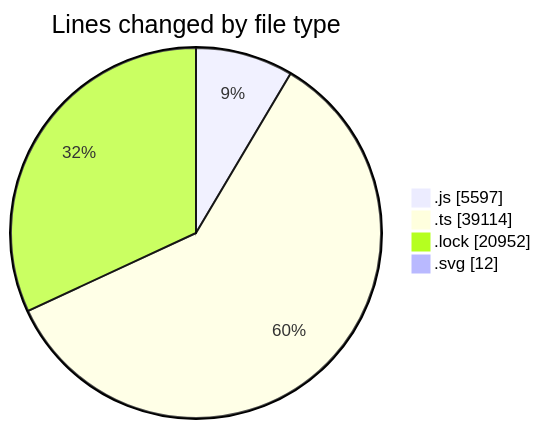
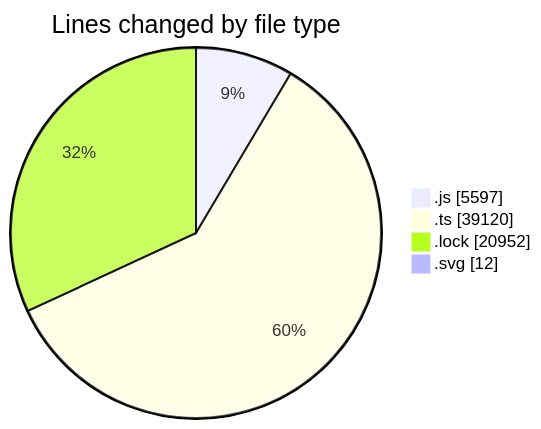
One commit to momahboobian/code-tracking changed the first of 2 diagrams in 2025-08-12/cda/README.md. Above: the diagram before and after it, drawn with Mermaid. The commit also changed other lines of this file and 1 other file, not shown here.

````diff
--- a/2025-08-12/cda/README.md
+++ b/2025-08-12/cda/README.md
@@ -42,8 +42,8 @@
 ```mermaid
 pie showData
 title Lines changed by file type
 ".js" : 5597
-".ts" : 39114
+".ts" : 39120
 ".lock" : 20952
 ".svg" : 12
 ```
````
